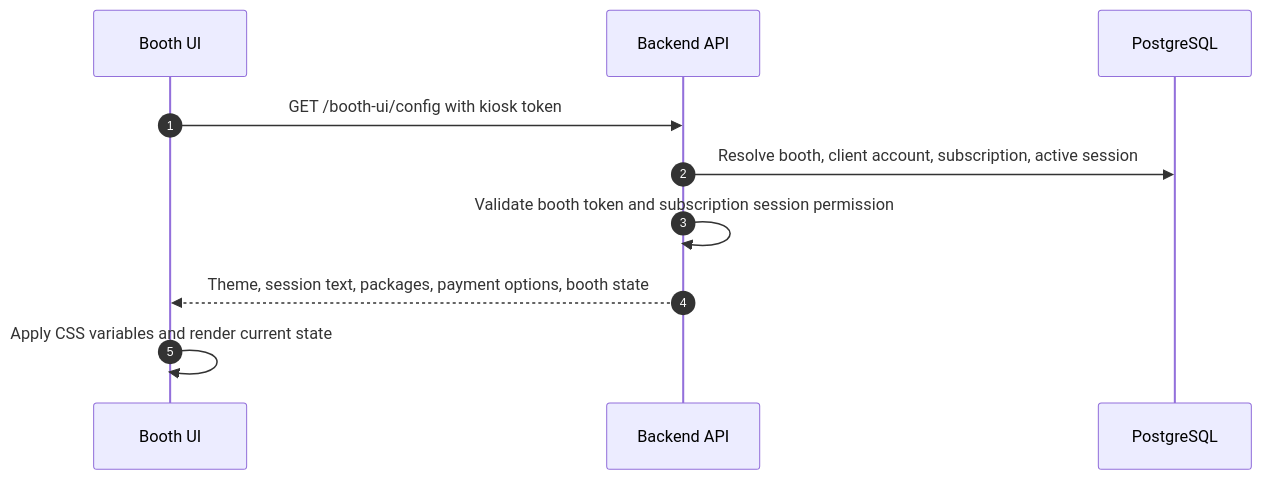
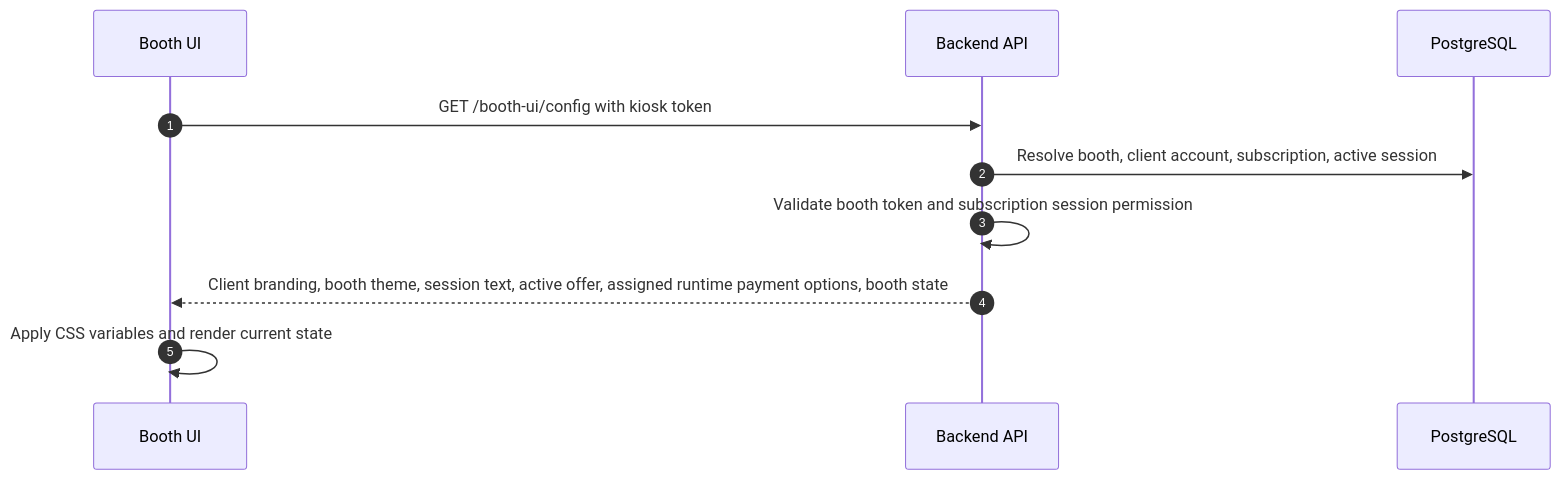
One commit to quinjan/PhotoBIZ changed the fourth of 9 diagrams in docs/ARCHITECTURE.md. Above: the diagram before and after it, drawn with Mermaid. The commit also changed other lines of this file and 12 other files, not shown here.

````diff
--- a/docs/ARCHITECTURE.md
+++ b/docs/ARCHITECTURE.md
@@ -96,13 +96,13 @@
 ```mermaid
 sequenceDiagram
   autonumber
   participant B as Booth UI
   participant API as Backend API
   participant DB as PostgreSQL
 
   B->>API: GET /booth-ui/config with kiosk token
   API->>DB: Resolve booth, client account, subscription, active session
   API->>API: Validate booth token and subscription session permission
-  API-->>B: Theme, session text, packages, payment options, booth state
+  API-->>B: Client branding, booth theme, session text, active offer, assigned runtime payment options, booth state
   B->>B: Apply CSS variables and render current state
 ```
````
